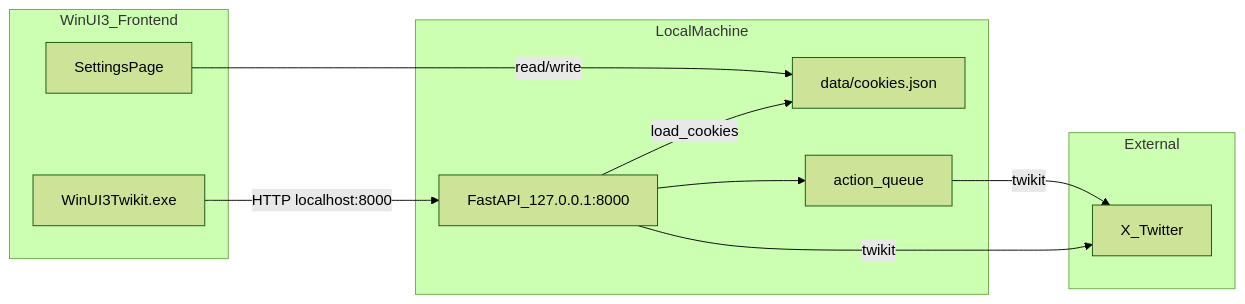
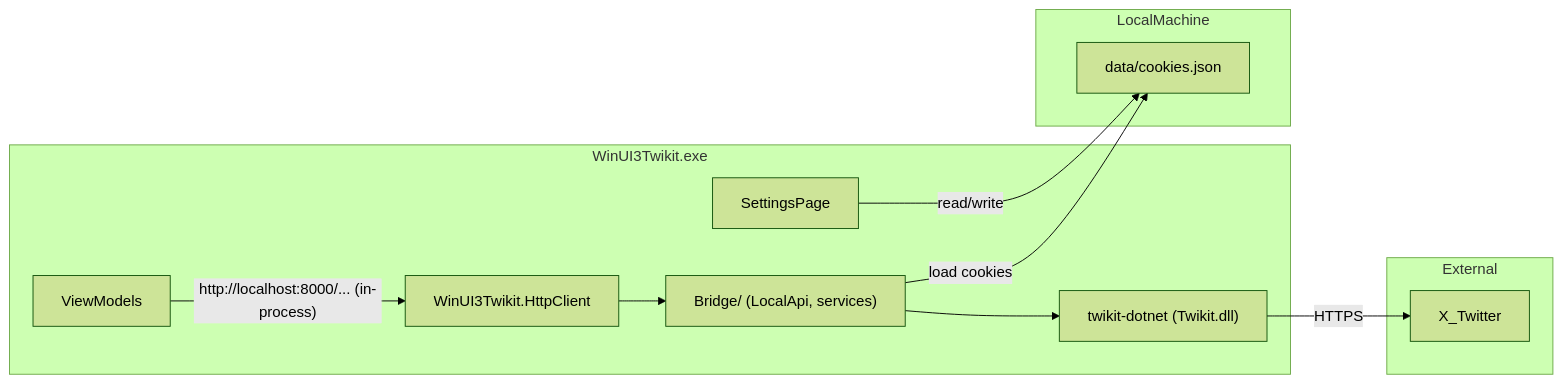
The diagram in README.md (amanetoki7/WinUI-3-twikit), drawn with Mermaid (forest theme) before and after one commit. The commit also changed other lines of this file and 48 other files, not shown here.

Commit message:
twikit-dotnet に差し替え、Python依存をなくす

````diff
--- a/README.md
+++ b/README.md
@@ -38,21 +38,22 @@
 ```mermaid
 flowchart LR
-    subgraph winui [WinUI3_Frontend]
-        App[WinUI3Twikit.exe]
+    subgraph winui [WinUI3Twikit.exe]
+        VM[ViewModels]
+        HC["WinUI3Twikit.HttpClient"]
+        Bridge["Bridge/ (LocalApi, services)"]
+        Twikit["twikit-dotnet (Twikit.dll)"]
         Settings[SettingsPage]
     end
     subgraph local [LocalMachine]
         Cookies["data/cookies.json"]
-        API["FastAPI_127.0.0.1:8000"]
-        Queue["action_queue"]
     end
     subgraph external [External]
         X[X_Twitter]
     end
-    App -->|"HTTP localhost:8000"| API
+    VM -->|"http://localhost:8000/... (in-process)"| HC
+    HC --> Bridge
+    Bridge --> Twikit
+    Twikit -->|HTTPS| X
     Settings -->|"read/write"| Cookies
-    API -->|"load_cookies"| Cookies
-    API --> Queue
-    Queue -->|"twikit"| X
-    API -->|"twikit"| X
+    Bridge -->|"load cookies"| Cookies
 ```
````
